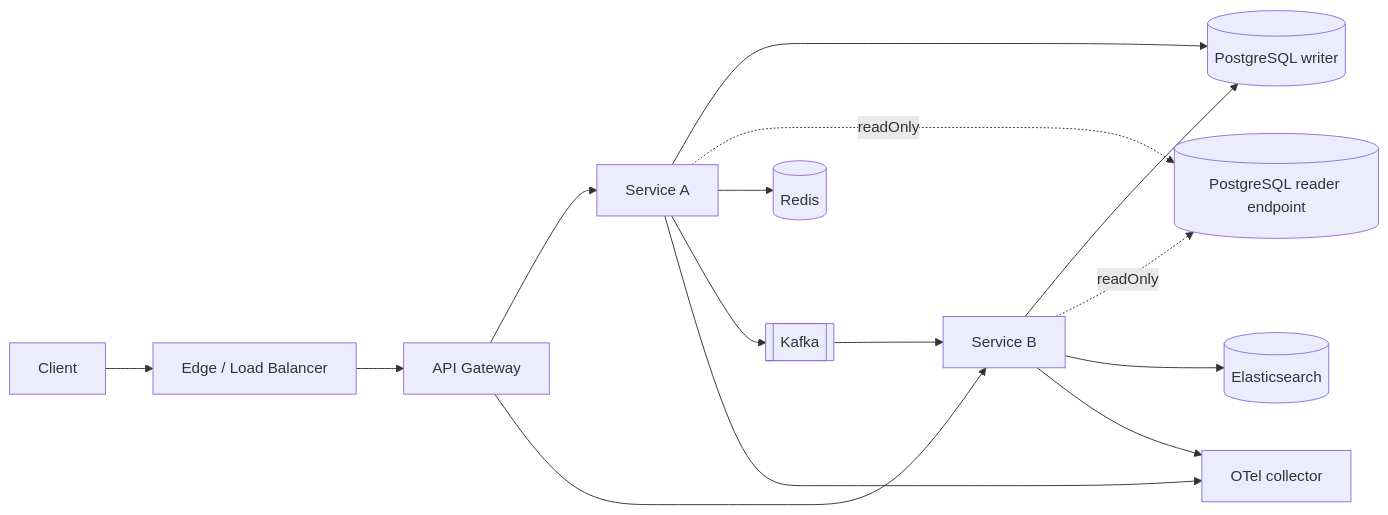
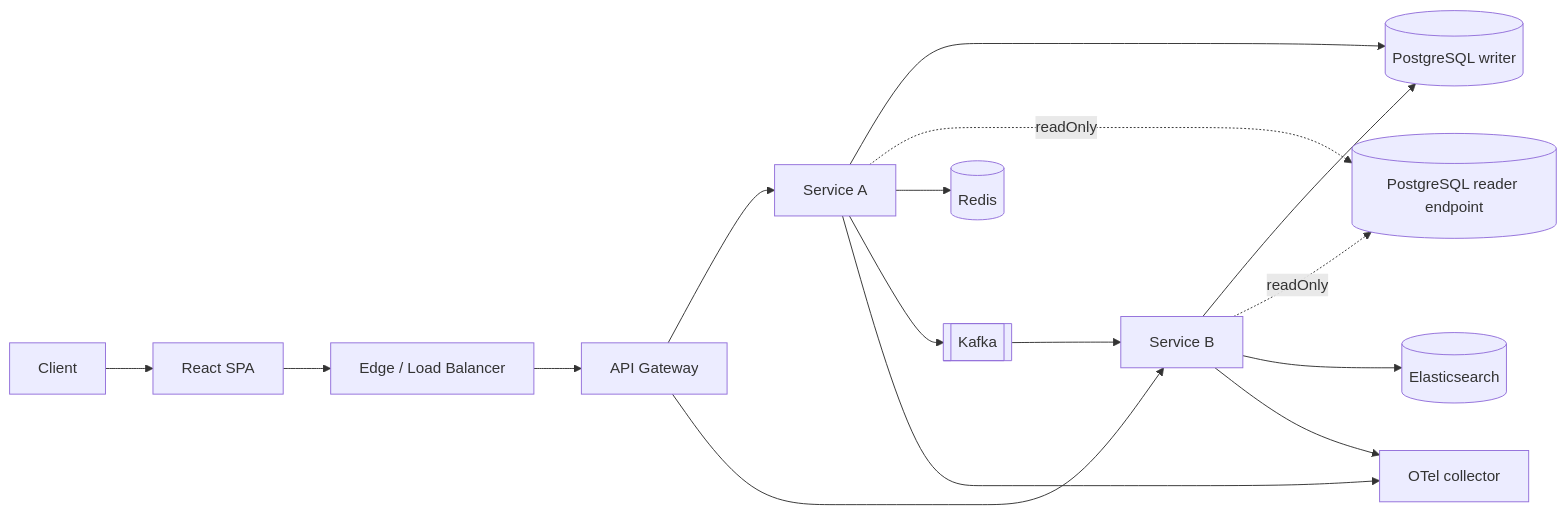
The first of 2 diagrams in docs/architecture.md (chanho4702/MyProjectTemplate), drawn with Mermaid before and after one commit. The commit also changed other lines of this file and 43 other files, not shown here.

````diff
--- a/docs/architecture.md
+++ b/docs/architecture.md
@@ -9,17 +9,18 @@
 ```mermaid
 flowchart LR
-    C[Client] --> E[Edge / Load Balancer]
+    C[Client] --> WEB[React SPA]
+    WEB --> E[Edge / Load Balancer]
     E --> G[API Gateway]
     G --> S1[Service A]
     G --> S2[Service B]
     S1 --> W[(PostgreSQL writer)]
     S2 --> W
     S1 -. readOnly .-> R[(PostgreSQL reader endpoint)]
     S2 -. readOnly .-> R
     S1 --> RC[(Redis)]
     S1 --> K[[Kafka]]
     K --> S2
     S2 --> ES[(Elasticsearch)]
     S1 --> OT[OTel collector]
     S2 --> OT
 ```
````
